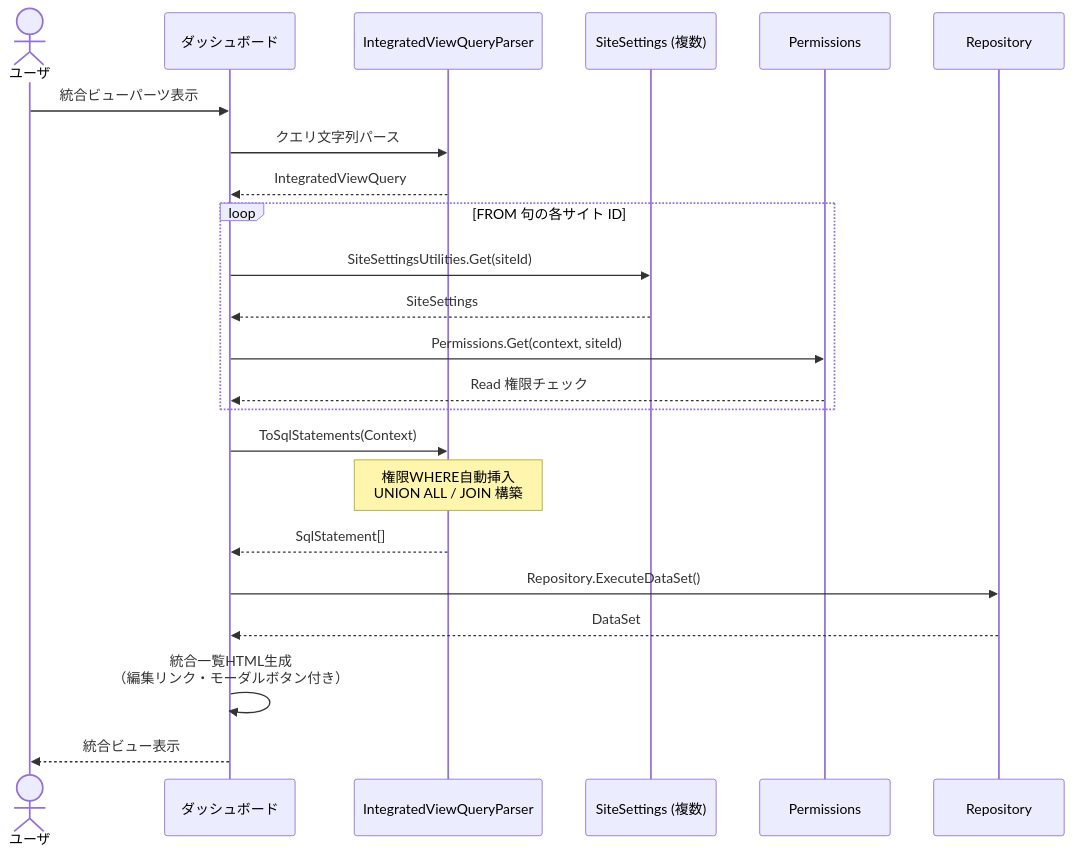
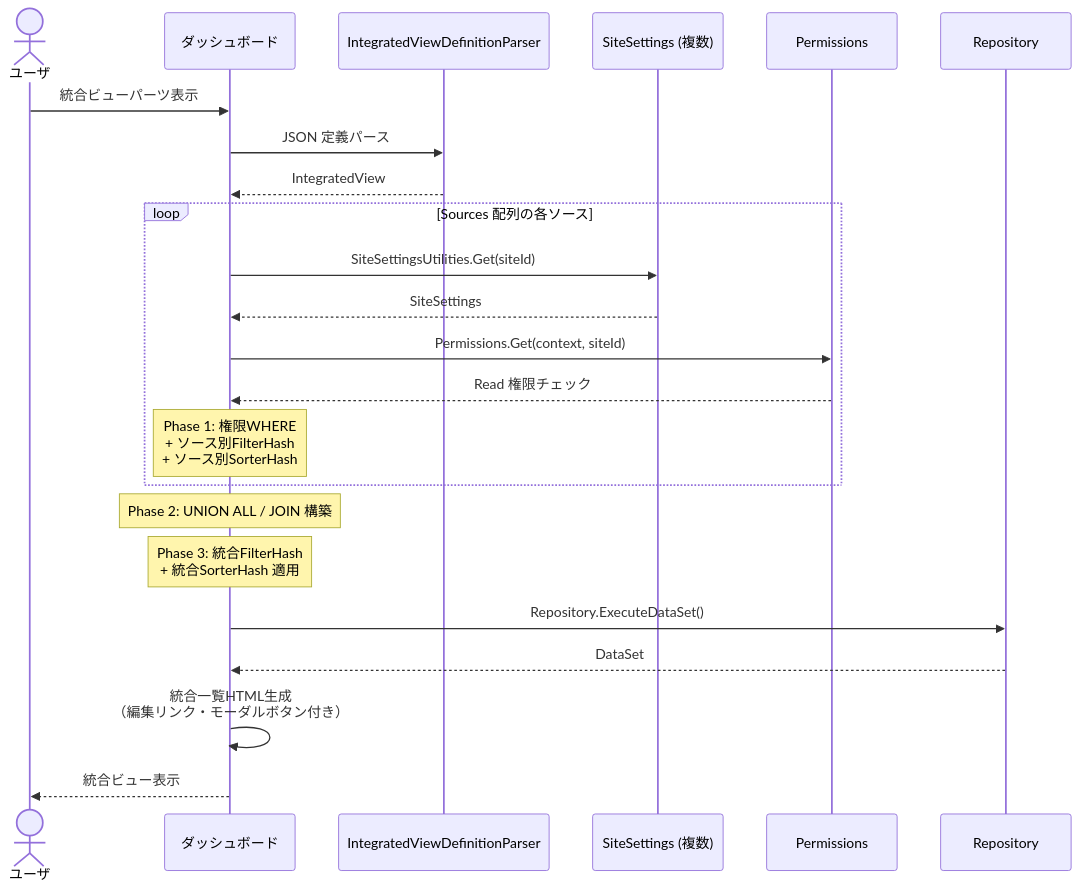
One commit to vehiclevisionjp/VehicleVision.Pleasanter.ResearchDocuments changed the tenth of 10 diagrams in docs/research/06-一覧・ビュー/007-複数テーブル統合ビュー.md. Above: the diagram before and after it, drawn with Mermaid. The commit also changed other lines of this file, not shown here.

````diff
--- a/docs/research/06-一覧・ビュー/007-複数テーブル統合ビュー.md
+++ b/docs/research/06-一覧・ビュー/007-複数テーブル統合ビュー.md
@@ -1070,30 +1279,29 @@
 ```mermaid
 sequenceDiagram
     actor User as ユーザ
     participant Dashboard as ダッシュボード
-    participant Parser as IntegratedViewQueryParser
+    participant Parser as IntegratedViewDefinitionParser
     participant SS as SiteSettings (複数)
     participant Perm as Permissions
     participant DB as Repository
 
     User->>Dashboard: 統合ビューパーツ表示
-    Dashboard->>Parser: クエリ文字列パース
-    Parser-->>Dashboard: IntegratedViewQuery
+    Dashboard->>Parser: JSON 定義パース
+    Parser-->>Dashboard: IntegratedView
 
-    loop FROM 句の各サイト ID
+    loop Sources 配列の各ソース
         Dashboard->>SS: SiteSettingsUtilities.Get(siteId)
         SS-->>Dashboard: SiteSettings
         Dashboard->>Perm: Permissions.Get(context, siteId)
         Perm-->>Dashboard: Read 権限チェック
+        Note over Dashboard: Phase 1: 権限WHERE<br/>+ ソース別FilterHash<br/>+ ソース別SorterHash
     end
 
-    Dashboard->>Parser: ToSqlStatements(Context)
-    Note over Parser: 権限WHERE自動挿入<br/>UNION ALL / JOIN 構築
-    Parser-->>Dashboard: SqlStatement[]
-
+    Note over Dashboard: Phase 2: UNION ALL / JOIN 構築
+    Note over Dashboard: Phase 3: 統合FilterHash<br/>+ 統合SorterHash 適用
     Dashboard->>DB: Repository.ExecuteDataSet()
     DB-->>Dashboard: DataSet
 
     Dashboard->>Dashboard: 統合一覧HTML生成<br/>（編集リンク・モーダルボタン付き）
     Dashboard-->>User: 統合ビュー表示
 ```
````
